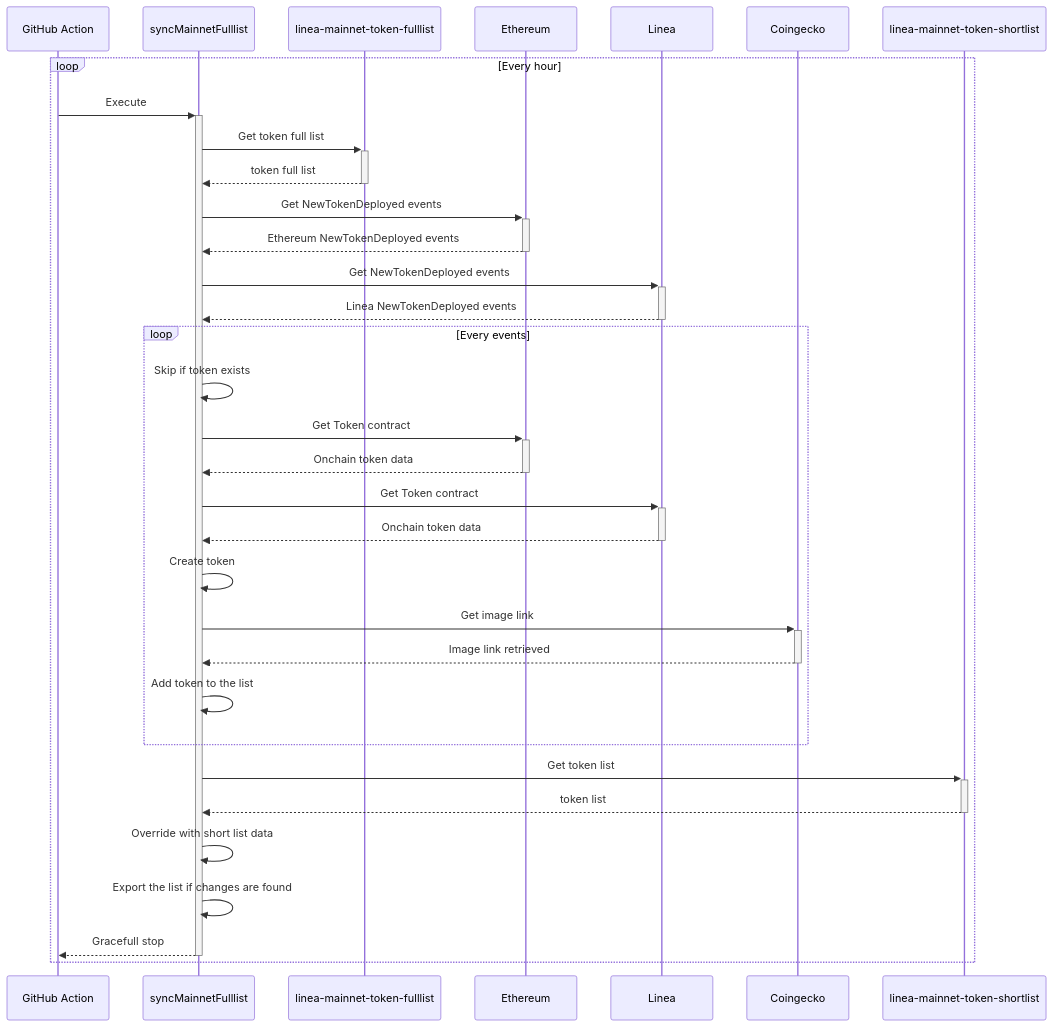
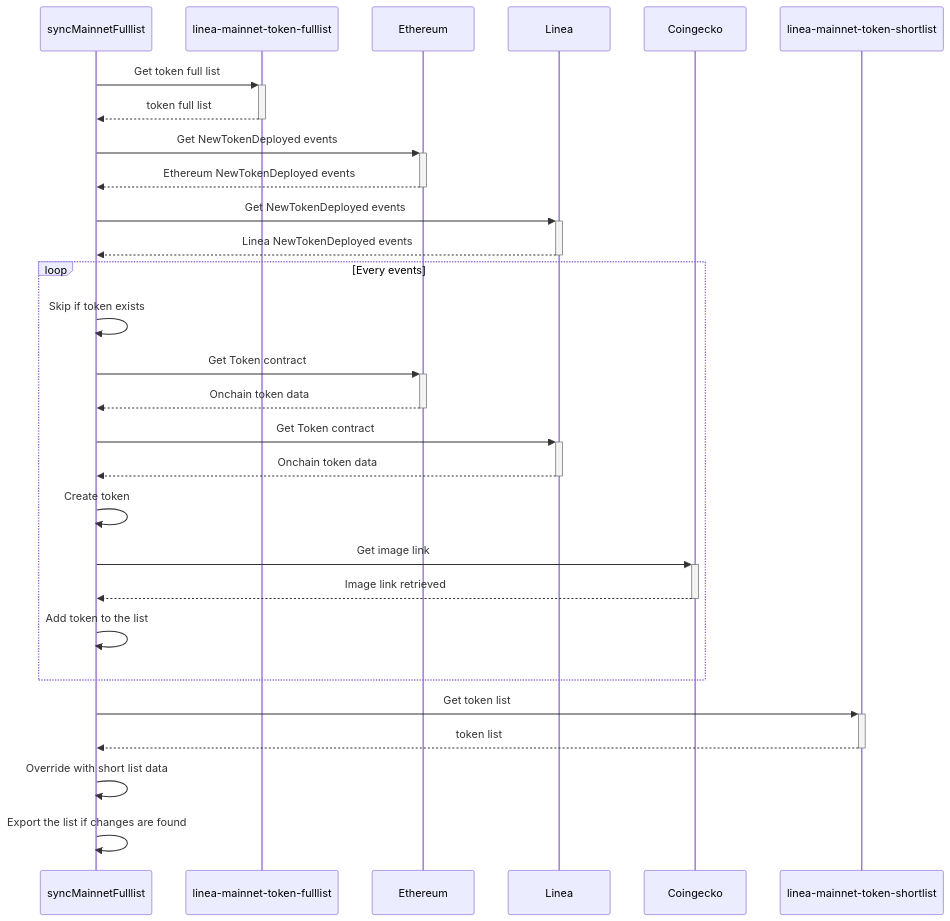
One commit to Consensys/linea-token-list changed the diagram in docs/mermaid/diagrams/sync-mainnet-fulllist.mmd. Above: the diagram before and after it, drawn with Mermaid. The commit also changed other lines of this file and 2 other files, not shown here.

```diff
--- a/docs/mermaid/diagrams/sync-mainnet-fulllist.mmd
+++ b/docs/mermaid/diagrams/sync-mainnet-fulllist.mmd
@@ -1,31 +1,27 @@
 sequenceDiagram
-    loop Every hour
-        GitHub Action->>+syncMainnetFulllist: Execute
-        syncMainnetFulllist->>+linea-mainnet-token-fulllist: Get token full list
-        linea-mainnet-token-fulllist-->>-syncMainnetFulllist: token full list
+    syncMainnetFulllist->>+linea-mainnet-token-fulllist: Get token full list
+    linea-mainnet-token-fulllist-->>-syncMainnetFulllist: token full list
 
-        syncMainnetFulllist->>+Ethereum: Get NewTokenDeployed events
-        Ethereum-->>-syncMainnetFulllist: Ethereum NewTokenDeployed events
-        syncMainnetFulllist->>+Linea: Get NewTokenDeployed events
-        Linea-->>-syncMainnetFulllist: Linea NewTokenDeployed events
+    syncMainnetFulllist->>+Ethereum: Get NewTokenDeployed events
+    Ethereum-->>-syncMainnetFulllist: Ethereum NewTokenDeployed events
+    syncMainnetFulllist->>+Linea: Get NewTokenDeployed events
+    Linea-->>-syncMainnetFulllist: Linea NewTokenDeployed events
 
-        loop Every events
-            syncMainnetFulllist->>syncMainnetFulllist: Skip if token exists
-            syncMainnetFulllist->>+Ethereum: Get Token contract
-            Ethereum-->>-syncMainnetFulllist: Onchain token data
-            syncMainnetFulllist->>+Linea: Get Token contract
-            Linea-->>-syncMainnetFulllist: Onchain token data
+    loop Every events
+        syncMainnetFulllist->>syncMainnetFulllist: Skip if token exists
+        syncMainnetFulllist->>+Ethereum: Get Token contract
+        Ethereum-->>-syncMainnetFulllist: Onchain token data
+        syncMainnetFulllist->>+Linea: Get Token contract
+        Linea-->>-syncMainnetFulllist: Onchain token data
 
-            syncMainnetFulllist->>syncMainnetFulllist: Create token
-            syncMainnetFulllist->>+Coingecko: Get image link
-            Coingecko-->>-syncMainnetFulllist: Image link retrieved
-            syncMainnetFulllist->>syncMainnetFulllist: Add token to the list
-        end
+        syncMainnetFulllist->>syncMainnetFulllist: Create token
+        syncMainnetFulllist->>+Coingecko: Get image link
+        Coingecko-->>-syncMainnetFulllist: Image link retrieved
+        syncMainnetFulllist->>syncMainnetFulllist: Add token to the list
+    end
 
-        syncMainnetFulllist->>+linea-mainnet-token-shortlist: Get token list
-        linea-mainnet-token-shortlist-->>-syncMainnetFulllist: token list
-        syncMainnetFulllist->>syncMainnetFulllist: Override with short list data
+    syncMainnetFulllist->>+linea-mainnet-token-shortlist: Get token list
+    linea-mainnet-token-shortlist-->>-syncMainnetFulllist: token list
+    syncMainnetFulllist->>syncMainnetFulllist: Override with short list data
 
-        syncMainnetFulllist->>syncMainnetFulllist: Export the list if changes are found
-        syncMainnetFulllist-->>-GitHub Action: Gracefull stop
-    end
+    syncMainnetFulllist->>syncMainnetFulllist: Export the list if changes are found
```
